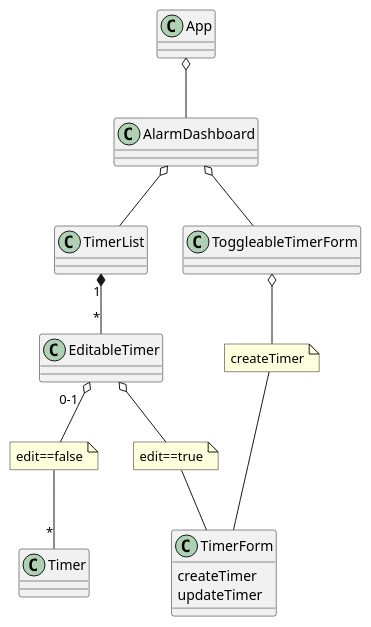
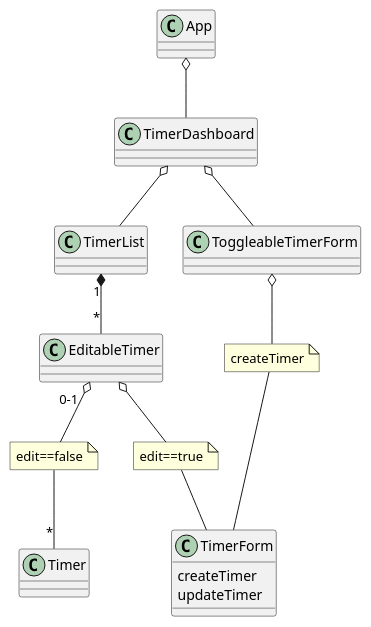
One commit to bbakla/react changed the diagram in fullstackreact/time_tracking_app/relationships.puml. Above: the diagram before and after it, drawn with PlantUML. The commit also changed 10 other files, not shown here.

```diff
--- a/fullstackreact/time_tracking_app/relationships.puml
+++ b/fullstackreact/time_tracking_app/relationships.puml
@@ -1,31 +1,31 @@
 @startuml
 TimerForm : createTimer
 TimerForm : updateTimer
 
-App o-- AlarmDashboard
-AlarmDashboard o-- TimerList
-AlarmDashboard o-- ToggleableTimerForm
+App o-- TimerDashboard
+TimerDashboard o-- TimerList
+TimerDashboard o-- ToggleableTimerForm
 
 TimerList  "1" *-- "*" EditableTimer
 
 note "edit==true" as editTrue
 note "edit==false" as editFalse
 
 EditableTimer  o-- editTrue
  editTrue -- TimerForm
 
 EditableTimer  "0-1  " o-- editFalse
 editFalse -- "*" Timer
 
 note "createTimer" as createTimer
 
 ToggleableTimerForm o--createTimer
 createTimer -- TimerForm
 
 
 
 
 
 
 
 @enduml
```
